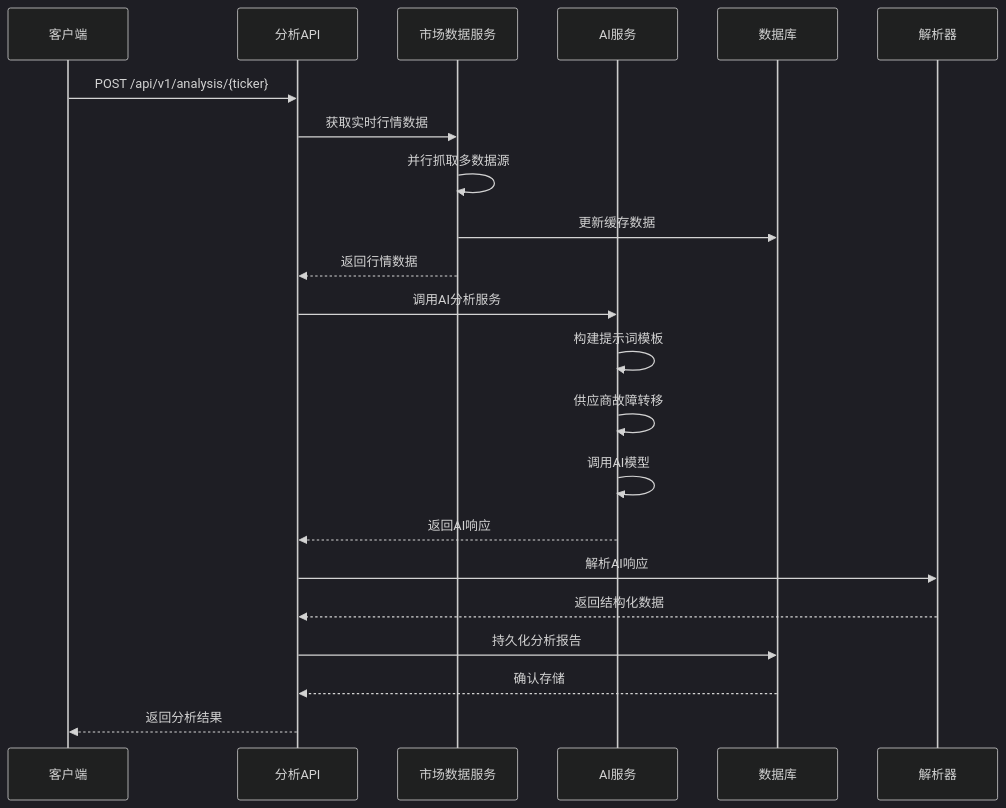
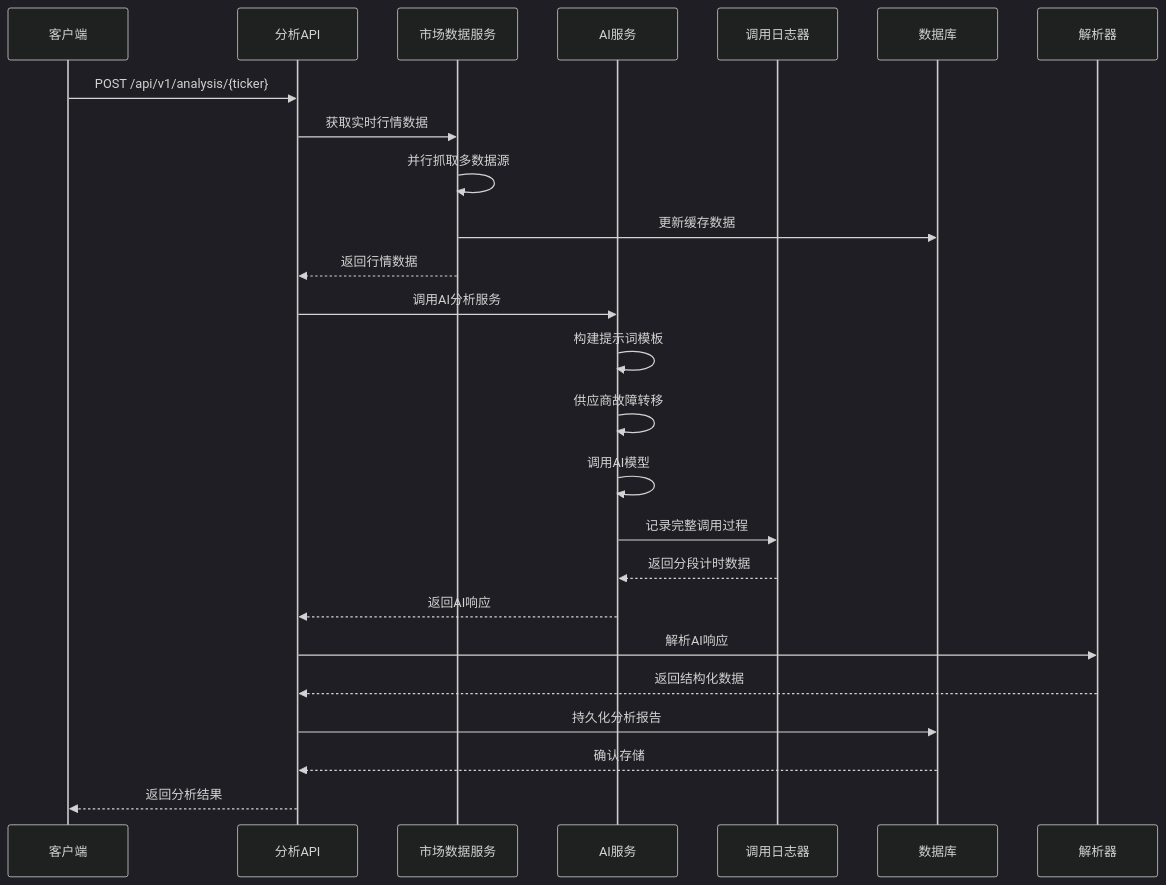
One commit to breeze-lyf/ai-stock-advisor changed the sixth of 16 diagrams in .qoder/repowiki/zh/content/Enhanced Ai Analysis Service.md. Above: the diagram before and after it, drawn with Mermaid (dark theme). The commit also changed other lines of this file and 30 other files, not shown here.

````diff
--- a/.qoder/repowiki/zh/content/Enhanced Ai Analysis Service.md
+++ b/.qoder/repowiki/zh/content/Enhanced Ai Analysis Service.md
@@ -366,24 +438,27 @@
 ```mermaid
 sequenceDiagram
 participant Client as 客户端
 participant API as 分析API
 participant Market as 市场数据服务
 participant AI as AI服务
+participant Logger as 调用日志器
 participant DB as 数据库
 participant Parser as 解析器
 Client->>API : POST /api/v1/analysis/{ticker}
 API->>Market : 获取实时行情数据
 Market->>Market : 并行抓取多数据源
 Market->>DB : 更新缓存数据
 Market-->>API : 返回行情数据
 API->>AI : 调用AI分析服务
 AI->>AI : 构建提示词模板
 AI->>AI : 供应商故障转移
 AI->>AI : 调用AI模型
+AI->>Logger : 记录完整调用过程
+Logger-->>AI : 返回分段计时数据
 AI-->>API : 返回AI响应
 API->>Parser : 解析AI响应
 Parser-->>API : 返回结构化数据
 API->>DB : 持久化分析报告
 DB-->>API : 确认存储
 API-->>Client : 返回分析结果
 ```
````
